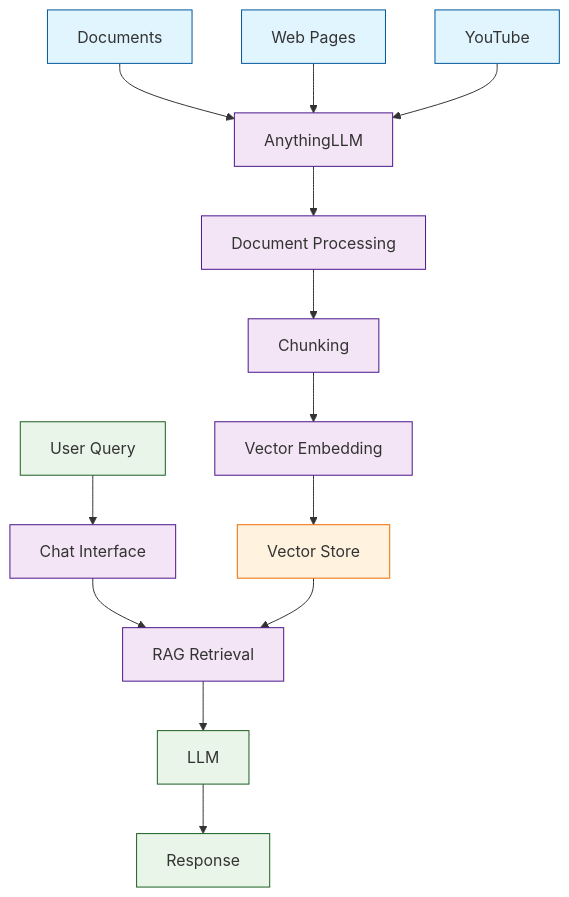
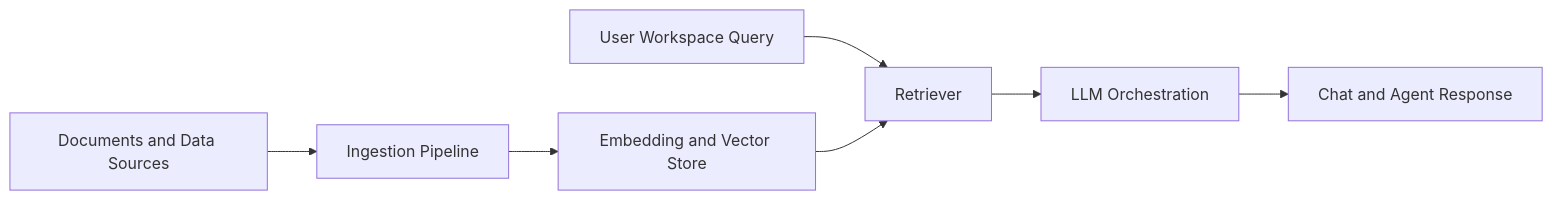
One commit to johnxie/awesome-code-docs changed the diagram in tutorials/anything-llm-tutorial/index.md. Above: the diagram before and after it, drawn with Mermaid. The commit also changed other lines of this file and 6 other files, not shown here.

````diff
--- a/tutorials/anything-llm-tutorial/index.md
+++ b/tutorials/anything-llm-tutorial/index.md
@@ -37,27 +38,9 @@
 ```mermaid
-flowchart TD
-    A[Documents] --> B[AnythingLLM]
-    C[Web Pages] --> B
-    D[YouTube] --> B
-    
-    B --> E[Document Processing]
-    E --> F[Chunking]
-    F --> G[Vector Embedding]
-    G --> H[Vector Store]
-    
-    I[User Query] --> J[Chat Interface]
-    J --> K[RAG Retrieval]
-    H --> K
-    K --> L[LLM]
-    L --> M[Response]
-    
-    classDef source fill:#e1f5fe,stroke:#01579b
-    classDef process fill:#f3e5f5,stroke:#4a148c
-    classDef storage fill:#fff3e0,stroke:#ef6c00
-    classDef output fill:#e8f5e8,stroke:#1b5e20
-    
-    class A,C,D source
-    class B,E,F,G,J,K process
-    class H storage
-    class I,L,M output
+flowchart LR
+    A[Documents and Data Sources] --> B[Ingestion Pipeline]
+    B --> C[Embedding and Vector Store]
+    D[User Workspace Query] --> E[Retriever]
+    C --> E
+    E --> F[LLM Orchestration]
+    F --> G[Chat and Agent Response]
 ```
````
